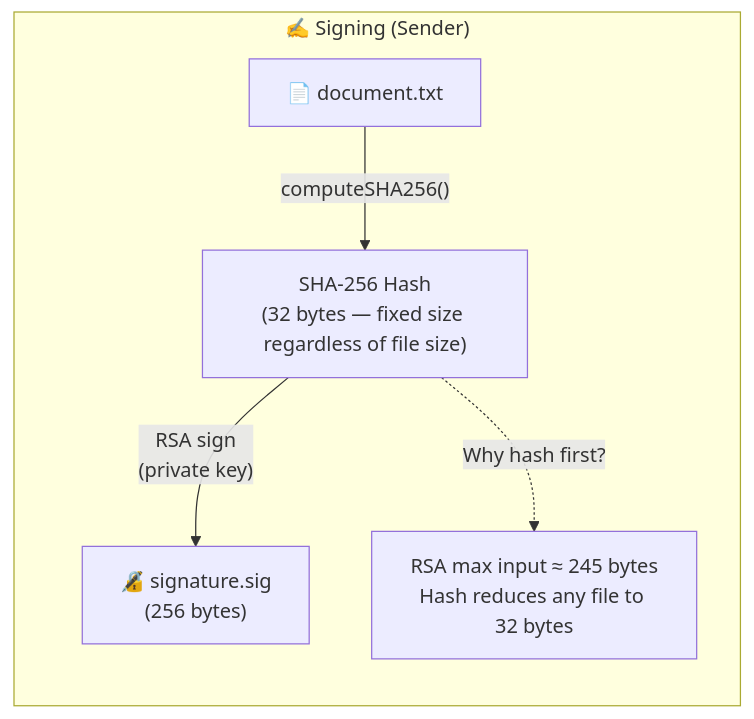
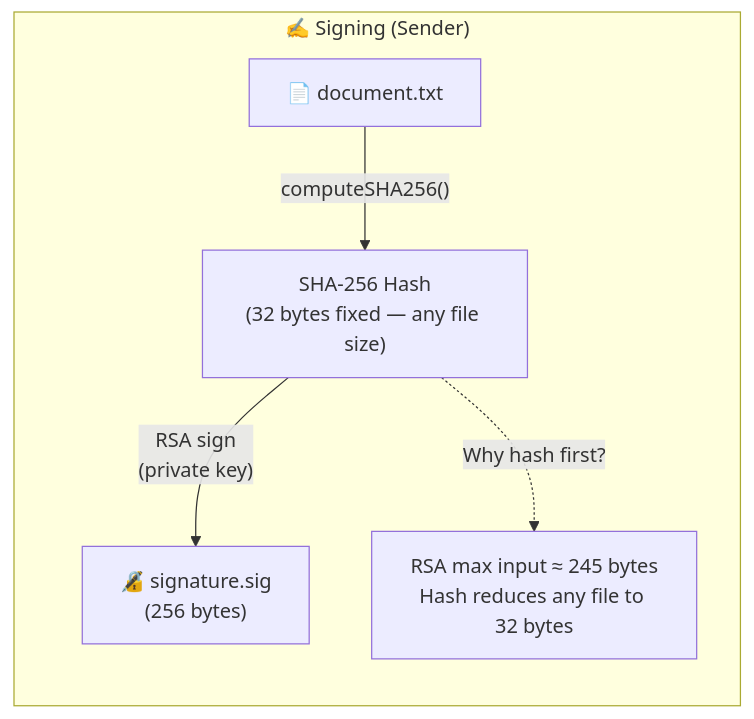
The seventh of 9 diagrams in src/main/java/security/encryption/integrity/README.md (csoares/SecurityJava), drawn with Mermaid before and after one commit. The commit also changed other lines of this file and 10 other files, not shown here.

Commit message:
Refine README diagrams and descriptions for clarity and accuracy

````diff
--- a/src/main/java/security/encryption/integrity/README.md
+++ b/src/main/java/security/encryption/integrity/README.md
@@ -126,11 +126,11 @@
 ```mermaid
 flowchart LR
     subgraph Sign ["✍️ Signing  (Sender)"]
         FILE["📄 document.txt"]
-        HASH["SHA-256 Hash<br/>(32 bytes — fixed size regardless of file size)"]
+        HASH["SHA-256 Hash<br/>(32 bytes fixed — any file size)"]
         SIG["🔏 signature.sig<br/>(256 bytes)"]
         FILE -->|"computeSHA256()"| HASH
         HASH -->|"RSA sign<br/>(private key)"| SIG
         HASH -.->|"Why hash first?"| WHY["RSA max input ≈ 245 bytes<br/>Hash reduces any file to 32 bytes"]
     end
 ```
````
